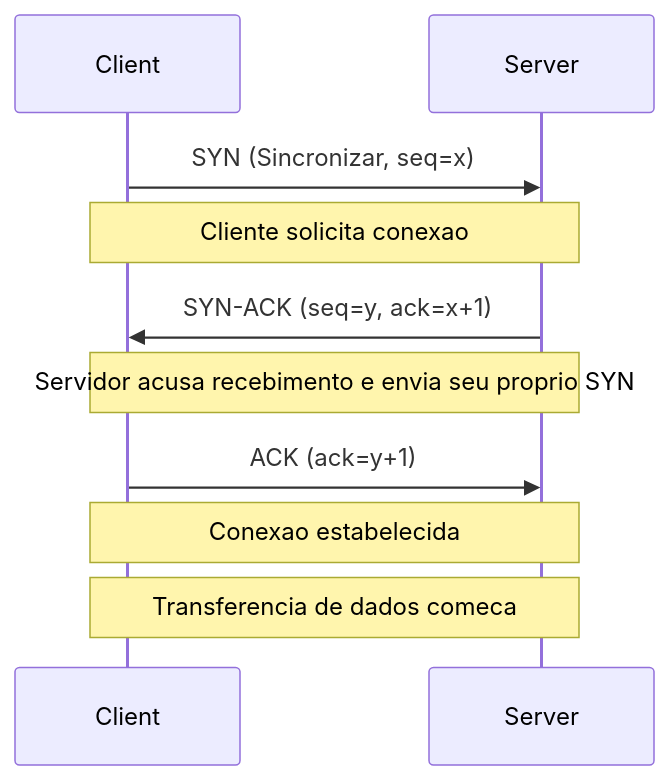
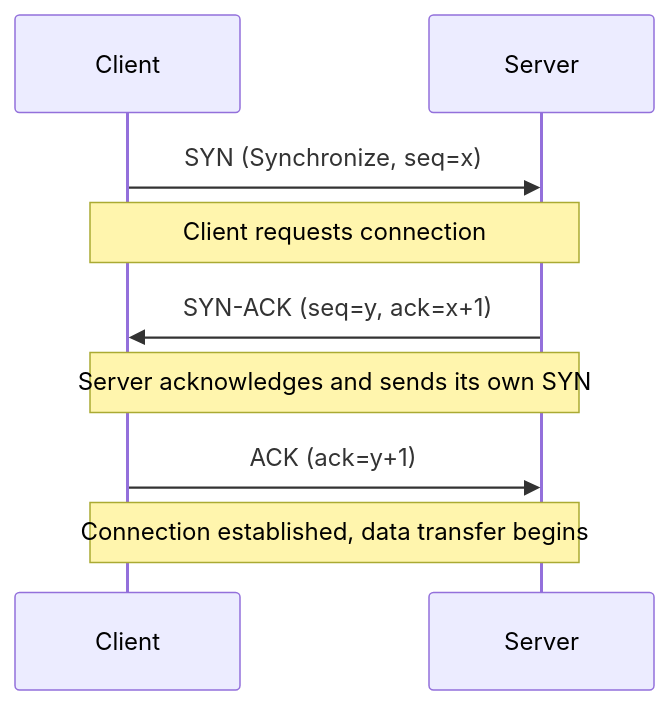
Before and after one commit to autoscrape-labs/pydoll: the second of 3 diagrams in docs/pt/deep-dive/network/network-fundamentals.md, drawn with Mermaid. The commit also changed other lines of this file and 9 other files, not shown here.

````diff
--- a/docs/pt/deep-dive/network/network-fundamentals.md
+++ b/docs/pt/deep-dive/network/network-fundamentals.md
@@ -150,16 +99,14 @@
 ```mermaid
 sequenceDiagram
     participant Client
     participant Server
-    
-    Client->>Server: SYN (Sincronizar, seq=x)
-    Note over Client,Server: Cliente solicita conexao
-    
+
+    Client->>Server: SYN (Synchronize, seq=x)
+    Note over Client,Server: Client requests connection
+
     Server->>Client: SYN-ACK (seq=y, ack=x+1)
-    Note over Client,Server: Servidor acusa recebimento e envia seu proprio SYN
-    
+    Note over Client,Server: Server acknowledges and sends its own SYN
+
     Client->>Server: ACK (ack=y+1)
-    Note over Client,Server: Conexao estabelecida
-    
-    Note over Client,Server: Transferencia de dados comeca
+    Note over Client,Server: Connection established, data transfer begins
 ```
````
